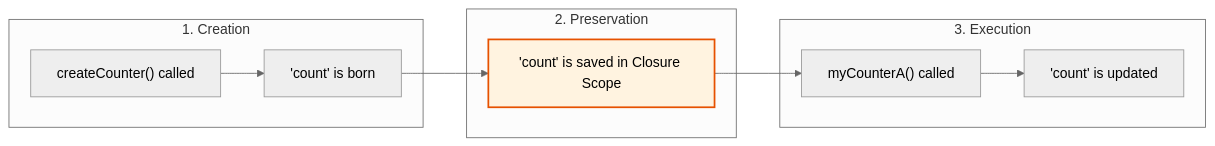
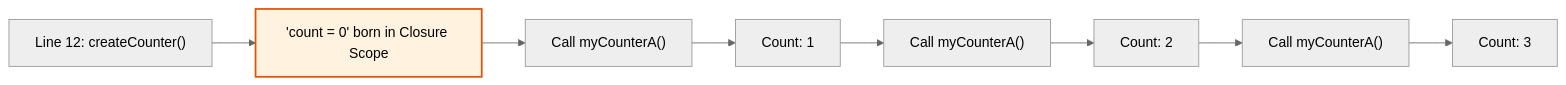
Before and after one commit to moideen-mashad/JavaScript-Closures: the diagram in README.md, drawn with Mermaid (neutral theme).

````diff
--- a/README.md
+++ b/README.md
@@ -44,17 +44,12 @@
 ```mermaid
 graph LR
-    subgraph "1. Creation"
-        A["createCounter() called"] --> B["'count' is born"]
-    end
+    A["Line 12: createCounter()"] --> B["'count = 0' born in Closure Scope"]
+    B --> C["Call myCounterA()"]
+    C --> D["Count: 1"]
+    D --> E["Call myCounterA()"]
+    E --> F["Count: 2"]
+    F --> G["Call myCounterA()"]
+    G --> H["Count: 3"]
 
-    subgraph "2. Preservation"
-        B --> C["'count' is saved in Closure Scope"]
-    end
-
-    subgraph "3. Execution"
-        C --> D["myCounterA() called"]
-        D --> E["'count' is updated"]
-    end
-
-    style C fill:#fff3e0,stroke:#e65100,stroke-width:2px
+    style B fill:#fff3e0,stroke:#e65100,stroke-width:2px
 ```
````
